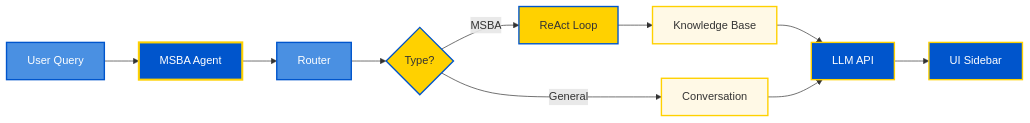
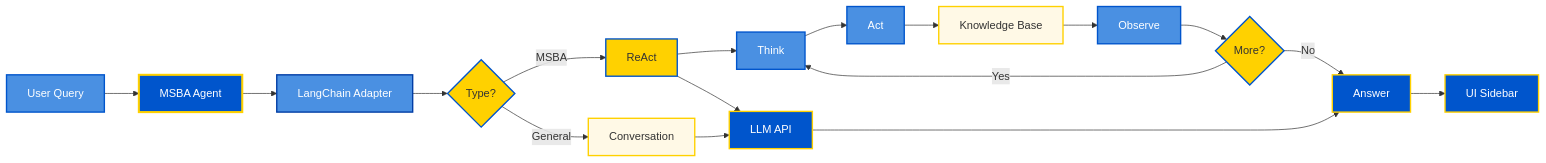
The diagram in README.md (jl3443/MSBA-AI-Agent), drawn with Mermaid before and after one commit.

Commit message:
Add LangChain Adapter and expand ReAct loop, remove Router

````diff
--- a/README.md
+++ b/README.md
@@ -49,23 +49,36 @@
 ```mermaid
 graph LR
     A[User Query] --> B[MSBA Agent]
-    B --> C[Router]
+    B --> C[LangChain Adapter]
     C --> D{Type?}
-    D -->|MSBA| E[ReAct Loop]
+    D -->|MSBA| E[ReAct]
     D -->|General| F[Conversation]
     
-    E --> G[Knowledge Base]
-    G --> H[LLM API]
-    F --> H
-    H --> I[UI Sidebar]
+    E --> G[Think]
+    G --> H[Act]
+    H --> I[Knowledge Base]
+    I --> J[Observe]
+    J --> K{More?}
+    K -->|Yes| G
+    K -->|No| L[Answer]
+    
+    E --> M[LLM API]
+    F --> M
+    M --> L
+    L --> N[UI Sidebar]
 
     style A fill:#4A90E2,stroke:#0055CC,stroke-width:2px,color:#fff
     style B fill:#0055CC,stroke:#FFD100,stroke-width:3px,color:#fff
-    style C fill:#4A90E2,stroke:#0055CC,stroke-width:2px,color:#fff
+    style C fill:#4A90E2,stroke:#003DA5,stroke-width:2px,color:#fff
     style D fill:#FFD100,stroke:#0055CC,stroke-width:2px
     style E fill:#FFD100,stroke:#0055CC,stroke-width:2px
     style F fill:#FFF9E6,stroke:#FFD100,stroke-width:2px
-    style G fill:#FFF9E6,stroke:#FFD100,stroke-width:2px
-    style H fill:#0055CC,stroke:#FFD100,stroke-width:2px,color:#fff
-    style I fill:#0055CC,stroke:#FFD100,stroke-width:2px,color:#fff
+    style G fill:#4A90E2,stroke:#0055CC,stroke-width:2px,color:#fff
+    style H fill:#4A90E2,stroke:#0055CC,stroke-width:2px,color:#fff
+    style I fill:#FFF9E6,stroke:#FFD100,stroke-width:2px
+    style J fill:#4A90E2,stroke:#0055CC,stroke-width:2px,color:#fff
+    style K fill:#FFD100,stroke:#0055CC,stroke-width:2px
+    style L fill:#0055CC,stroke:#FFD100,stroke-width:2px,color:#fff
+    style M fill:#0055CC,stroke:#FFD100,stroke-width:2px,color:#fff
+    style N fill:#0055CC,stroke:#FFD100,stroke-width:2px,color:#fff
 ```
````
